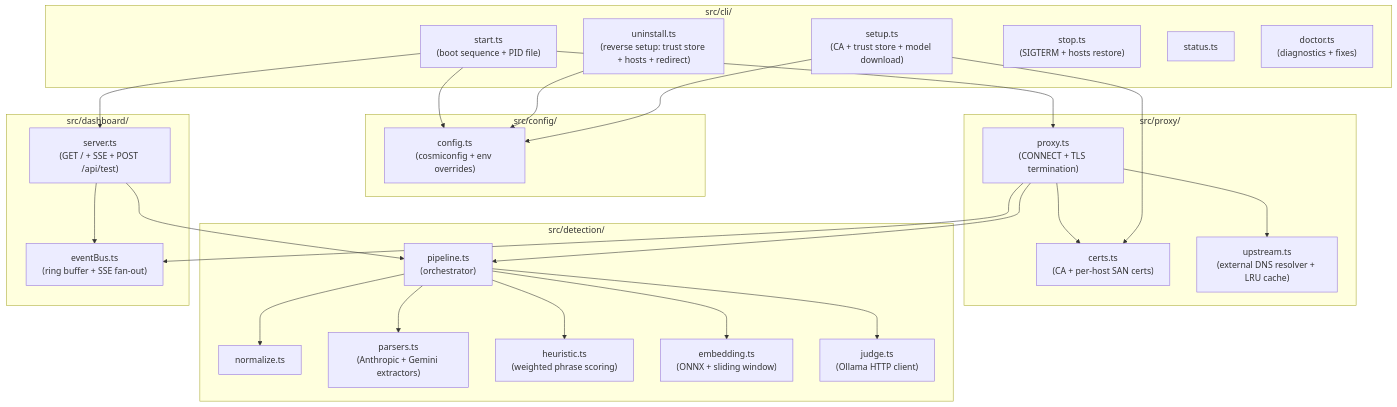
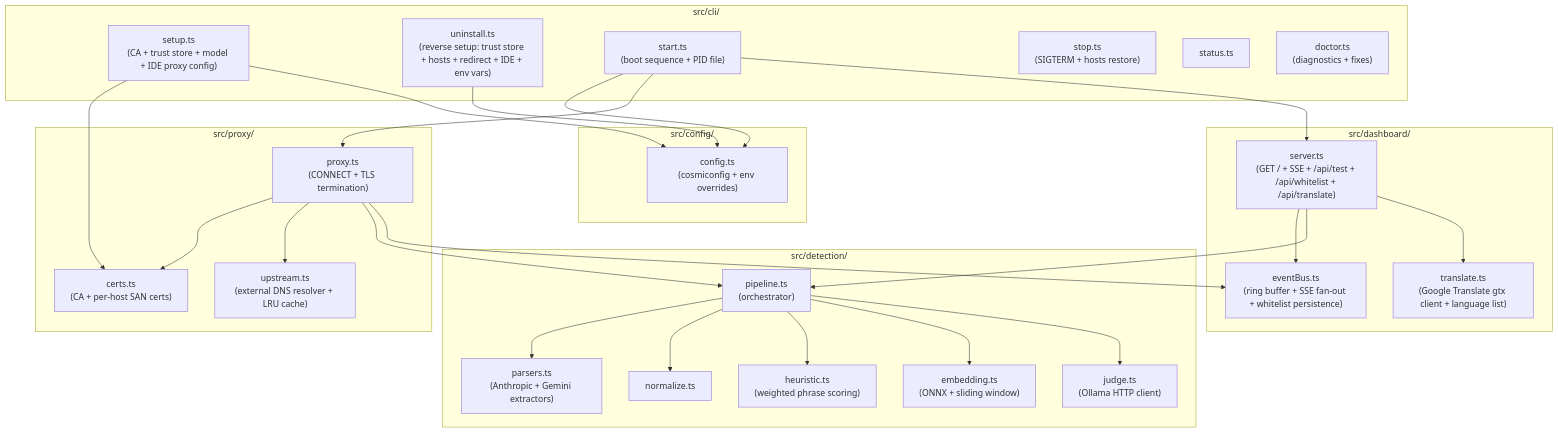
The second of 11 diagrams in docs/ARCHITECTURE.md (PIsberg/llm-fw), drawn with Mermaid before and after one commit. The commit also changed other lines of this file and 2 other files, not shown here.

First line of the commit message:
docs: update README + ARCHITECTURE for whitelist, translate, IDE proxy & env-var uninstall

````diff
--- a/docs/ARCHITECTURE.md
+++ b/docs/ARCHITECTURE.md
@@ -31,53 +31,55 @@
 ```mermaid
 flowchart TD
     subgraph CLI ["src/cli/"]
-        setup["setup.ts\n(CA + trust store + model download)"]
-        uninstall["uninstall.ts\n(reverse setup: trust store + hosts + redirect)"]
+        setup["setup.ts\n(CA + trust store + model + IDE proxy config)"]
+        uninstall["uninstall.ts\n(reverse setup: trust store + hosts + redirect + IDE + env vars)"]
         start["start.ts\n(boot sequence + PID file)"]
         stop["stop.ts\n(SIGTERM + hosts restore)"]
         status["status.ts"]
         doctor["doctor.ts\n(diagnostics + fixes)"]
     end
 
     subgraph Config ["src/config/"]
         cfg["config.ts\n(cosmiconfig + env overrides)"]
     end
 
     subgraph Proxy ["src/proxy/"]
         proxyServer["proxy.ts\n(CONNECT + TLS termination)"]
         certs["certs.ts\n(CA + per-host SAN certs)"]
         upstream["upstream.ts\n(external DNS resolver + LRU cache)"]
     end
 
     subgraph Detection ["src/detection/"]
         normalizer["normalize.ts"]
         parsers["parsers.ts\n(Anthropic + Gemini extractors)"]
         heuristic["heuristic.ts\n(weighted phrase scoring)"]
         embedding["embedding.ts\n(ONNX + sliding window)"]
         judge["judge.ts\n(Ollama HTTP client)"]
         pipeline["pipeline.ts\n(orchestrator)"]
     end
 
     subgraph Dashboard ["src/dashboard/"]
-        httpServer["server.ts\n(GET / + SSE + POST /api/test)"]
-        eventBus["eventBus.ts\n(ring buffer + SSE fan-out)"]
+        httpServer["server.ts\n(GET / + SSE + /api/test + /api/whitelist + /api/translate)"]
+        eventBus["eventBus.ts\n(ring buffer + SSE fan-out + whitelist persistence)"]
+        translate["translate.ts\n(Google Translate gtx client + language list)"]
     end
 
     setup --> certs
     setup --> cfg
     uninstall --> cfg
     start --> cfg
     start --> proxyServer
     start --> httpServer
     proxyServer --> certs
     proxyServer --> upstream
     proxyServer --> pipeline
     pipeline --> parsers
     pipeline --> normalizer
     pipeline --> heuristic
     pipeline --> embedding
     pipeline --> judge
     proxyServer --> eventBus
     httpServer --> eventBus
     httpServer --> pipeline
+    httpServer --> translate
 ```
````
